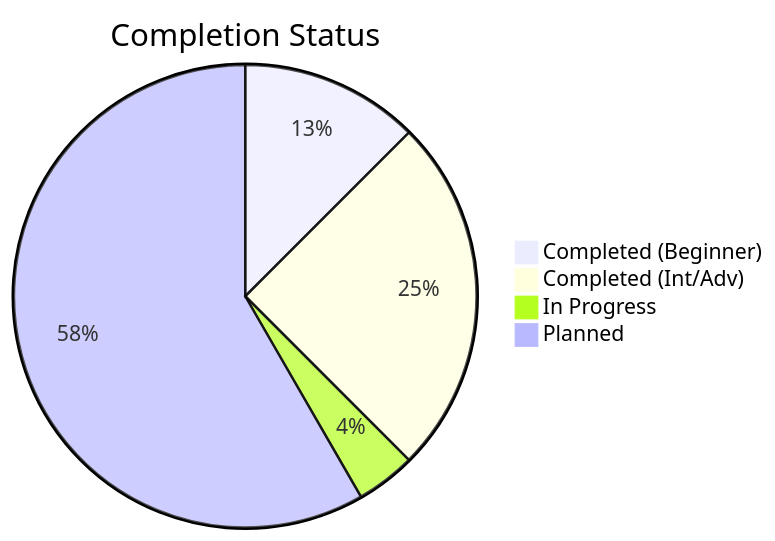
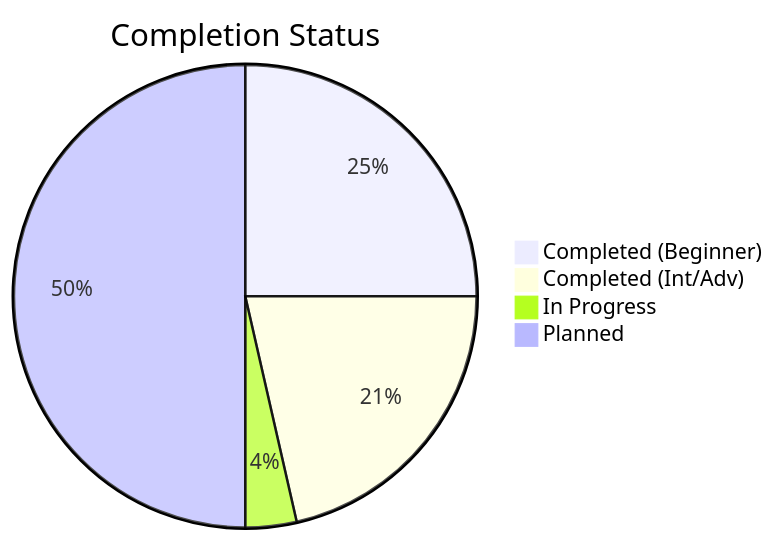
One commit to Ganil151/Devops changed the third of 3 diagrams in 1-Beginner/02-Phase-2/01-Automation/AUTOMATION_MASTER_INDEX.md. Above: the diagram before and after it, drawn with Mermaid. The commit also changed other lines of this file and 53 other files, not shown here.

````diff
--- a/1-Beginner/02-Phase-2/01-Automation/AUTOMATION_MASTER_INDEX.md
+++ b/1-Beginner/02-Phase-2/01-Automation/AUTOMATION_MASTER_INDEX.md
@@ -584,7 +627,7 @@
 ```mermaid
 pie title Completion Status
-    "Completed (Beginner)" : 3
+    "Completed (Beginner)" : 7
     "Completed (Int/Adv)" : 6
     "In Progress" : 1
     "Planned" : 14
 ```
````
